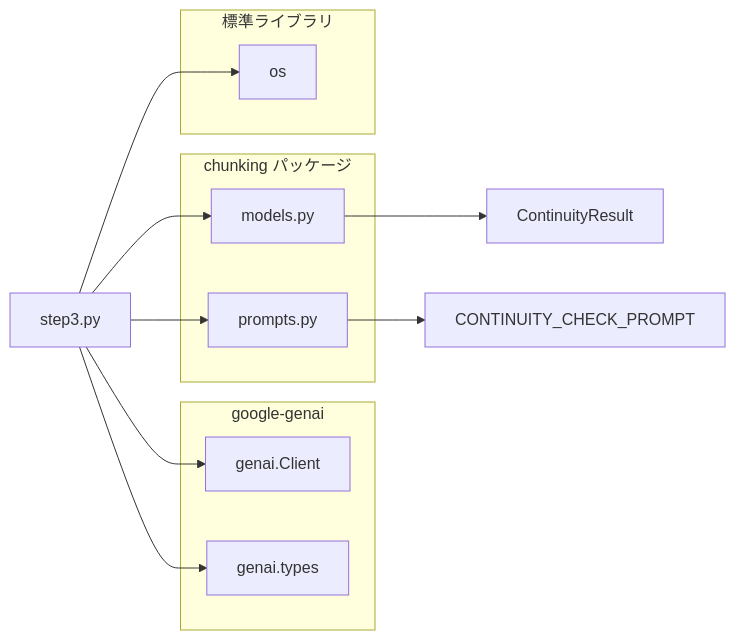
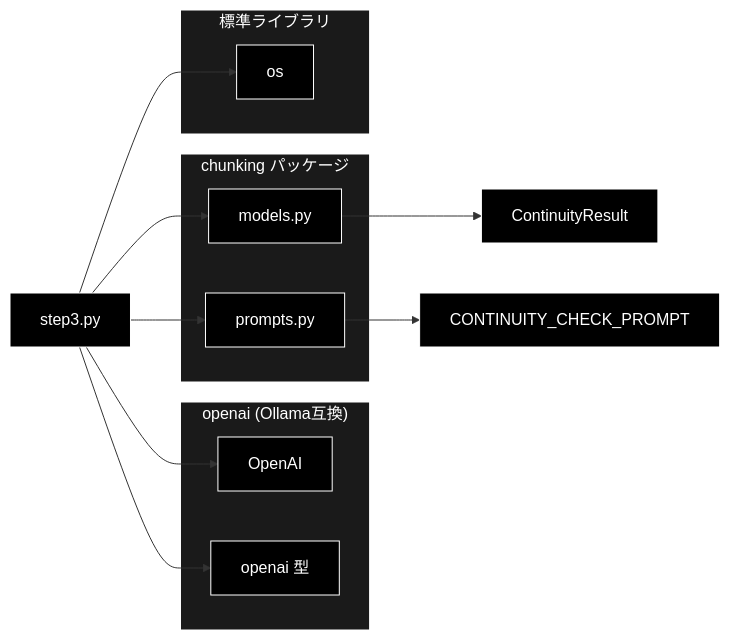
The fifth of 6 diagrams in chunking/doc/step3.md (nakashima2toshio/ollama_grace_agent_v2), drawn with Mermaid before and after one commit. The commit also changed other lines of this file and 13 other files, not shown here.

````diff
--- a/chunking/doc/step3.md
+++ b/chunking/doc/step3.md
@@ -528,27 +552,33 @@
 ```mermaid
 flowchart LR
     STEP3[step3.py]
 
-    subgraph GOOGLE["google-genai"]
-        GENAI[genai.Client]
-        TYPES[genai.types]
+    subgraph GOOGLE["openai (Ollama互換)"]
+        GENAI[OpenAI]
+        TYPES["openai 型"]
     end
 
     subgraph CHUNKING["chunking パッケージ"]
         MODELS[models.py]
         PROMPTS[prompts.py]
     end
 
     subgraph STDLIB["標準ライブラリ"]
         OS[os]
     end
 
     STEP3 --> GENAI
     STEP3 --> TYPES
     STEP3 --> MODELS
     STEP3 --> PROMPTS
     STEP3 --> OS
 
     MODELS --> CR[ContinuityResult]
     PROMPTS --> CCP[CONTINUITY_CHECK_PROMPT]
+classDef default fill:#000,stroke:#fff,color:#fff
+classDef subgraphStyle fill:#1a1a1a,stroke:#fff,color:#fff
+class STEP3,GENAI,TYPES,MODELS,PROMPTS,OS,CR,CCP default
+style GOOGLE fill:#1a1a1a,stroke:#fff,color:#fff
+style CHUNKING fill:#1a1a1a,stroke:#fff,color:#fff
+style STDLIB fill:#1a1a1a,stroke:#fff,color:#fff
 ```
````
